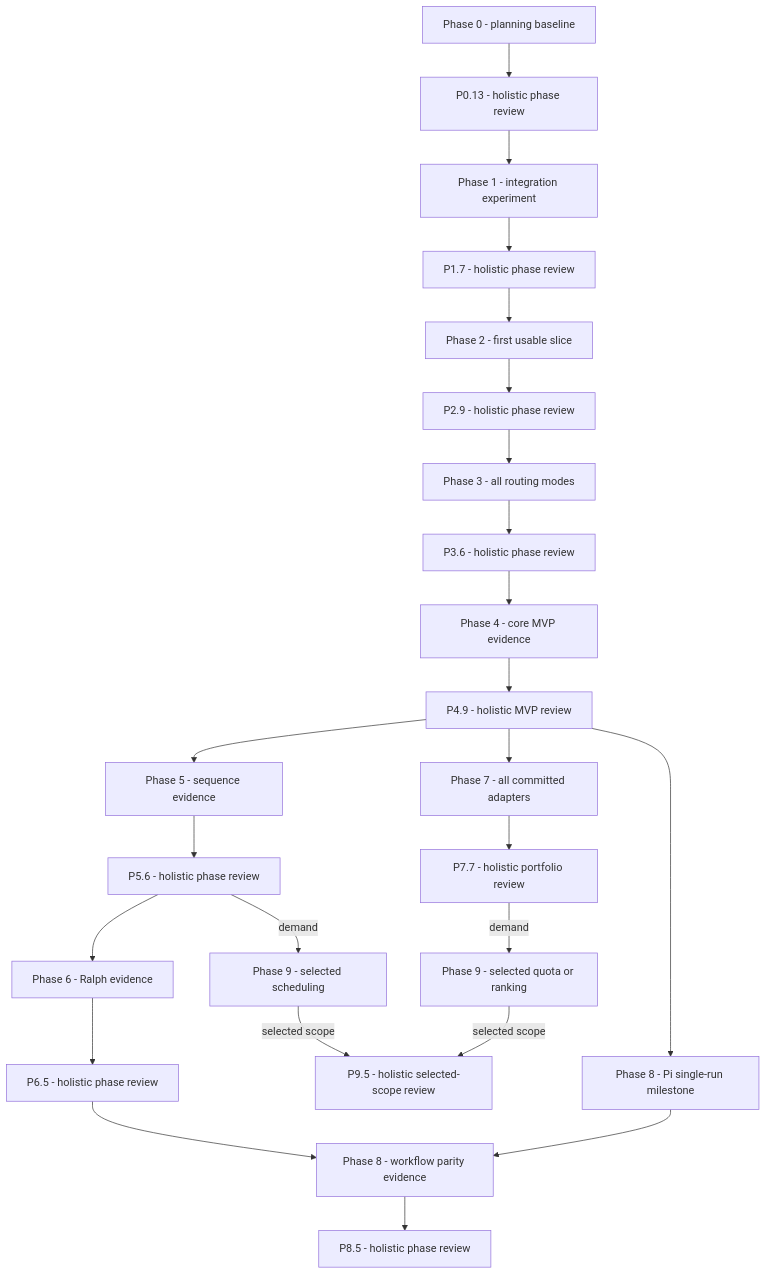
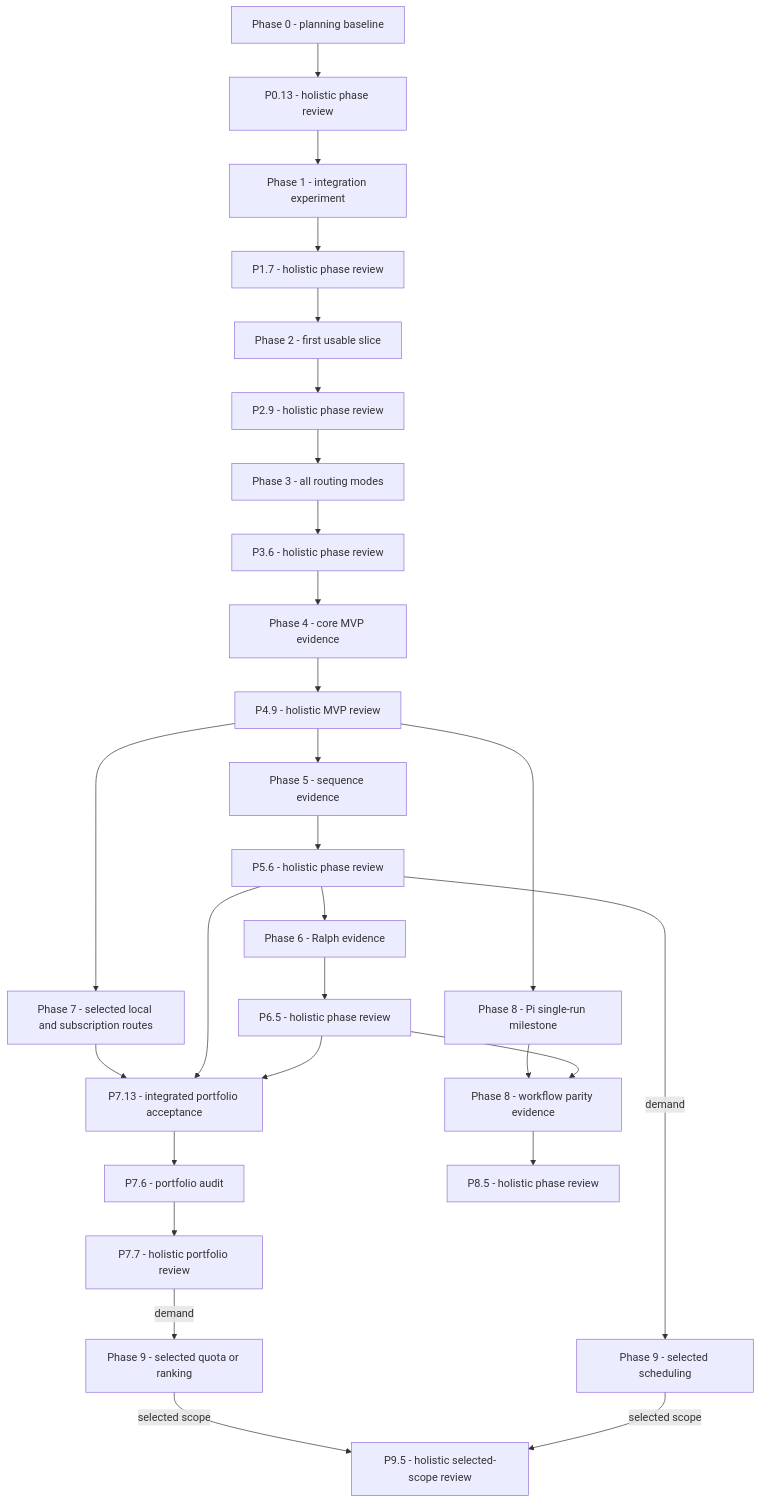
Before and after one commit to awesomejt/agent-harness: the diagram in docs/PROJECT_PLAN.md, drawn with Mermaid. The commit also changed other lines of this file and 13 other files, not shown here.

First line of the commit message:
P7.8: reconcile the local and subscription portfolio (#82)

````diff
--- a/docs/PROJECT_PLAN.md
+++ b/docs/PROJECT_PLAN.md
@@ -9,26 +9,30 @@
 ```mermaid
 flowchart TD
     Scope[Phase 0 - planning baseline] --> R0[P0.13 - holistic phase review]
     R0 --> P1[Phase 1 - integration experiment]
     P1 --> R1[P1.7 - holistic phase review]
     R1 --> Slice[Phase 2 - first usable slice]
     Slice --> R2[P2.9 - holistic phase review]
     R2 --> Route[Phase 3 - all routing modes]
     Route --> R3[P3.6 - holistic phase review]
     R3 --> MVP[Phase 4 - core MVP evidence]
     MVP --> R4[P4.9 - holistic MVP review]
     R4 --> Sequence[Phase 5 - sequence evidence]
     Sequence --> R5[P5.6 - holistic phase review]
     R5 --> Ralph[Phase 6 - Ralph evidence]
     Ralph --> R6[P6.5 - holistic phase review]
-    R4 --> Native[Phase 7 - all committed adapters]
-    Native --> R7[P7.7 - holistic portfolio review]
+    R4 --> Native[Phase 7 - selected local and subscription routes]
+    Native --> Integrated[P7.13 - integrated portfolio acceptance]
+    R5 --> Integrated
+    R6 --> Integrated
+    Integrated --> Audit[P7.6 - portfolio audit]
+    Audit --> R7[P7.7 - holistic portfolio review]
     R4 --> Pi[Phase 8 - Pi single-run milestone]
     Pi --> PiParity[Phase 8 - workflow parity evidence]
     R6 --> PiParity
     PiParity --> R8[P8.5 - holistic phase review]
     R7 -->|demand| Quota[Phase 9 - selected quota or ranking]
     R5 -->|demand| Schedule[Phase 9 - selected scheduling]
     Quota -->|selected scope| R9[P9.5 - holistic selected-scope review]
     Schedule -->|selected scope| R9
 ```
````
